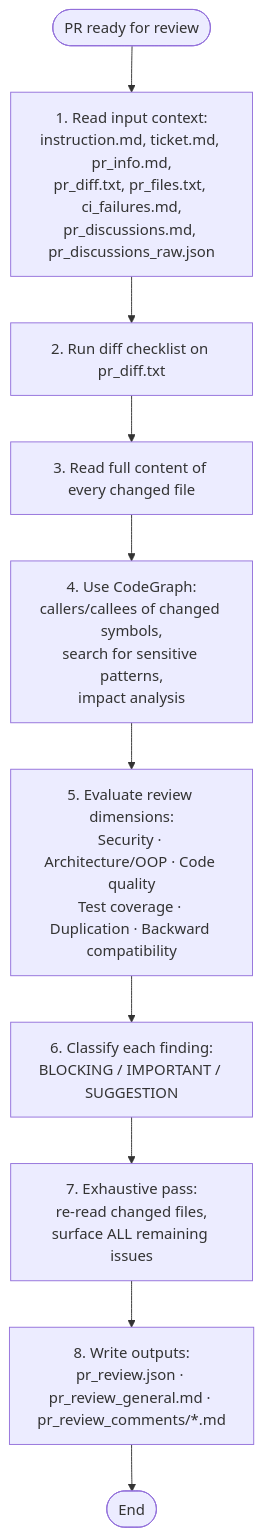
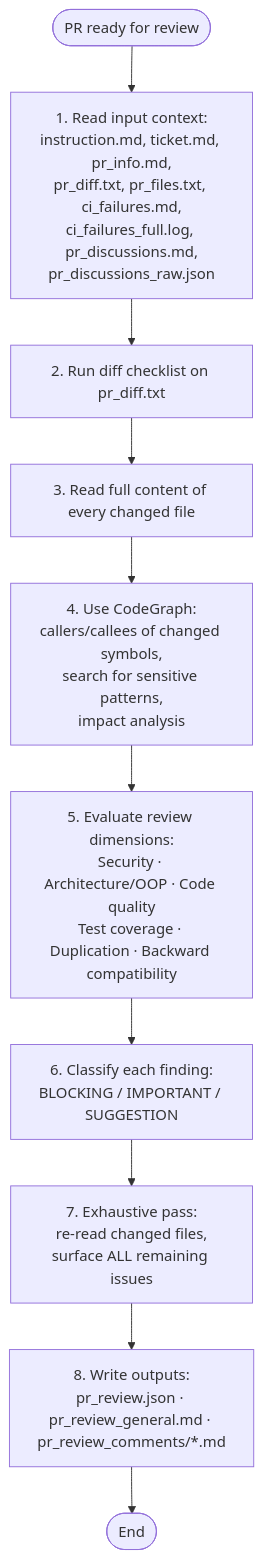
One commit to IstiN/dmtools-agents changed the second of 6 diagrams in snapshots/pr_review.md. Above: the diagram before and after it, drawn with Mermaid. The commit also changed other lines of this file and 22 other files, not shown here.

Commit message:
feat(agents): keep 500-line summary in ci_failures.md and write full logs to ci_failures_full.log

````diff
--- a/snapshots/pr_review.md
+++ b/snapshots/pr_review.md
@@ -40,12 +40,12 @@
 ```mermaid
 flowchart TD
-    START([PR ready for review]) --> READ["1. Read input context:<br/>instruction.md, ticket.md, pr_info.md,<br/>pr_diff.txt, pr_files.txt, ci_failures.md,<br/>pr_discussions.md, pr_discussions_raw.json"]
+    START([PR ready for review]) --> READ["1. Read input context:<br/>instruction.md, ticket.md, pr_info.md,<br/>pr_diff.txt, pr_files.txt, ci_failures.md,<br/>ci_failures_full.log, pr_discussions.md,<br/>pr_discussions_raw.json"]
     READ --> DIFF["2. Run diff checklist on pr_diff.txt"]
     DIFF --> FILES["3. Read full content of every changed file"]
     FILES --> CODEGRAPH["4. Use CodeGraph:<br/>callers/callees of changed symbols,<br/>search for sensitive patterns,<br/>impact analysis"]
     CODEGRAPH --> DIMS["5. Evaluate review dimensions:<br/>Security · Architecture/OOP · Code quality<br/>Test coverage · Duplication · Backward compatibility"]
     DIMS --> SEVERITY["6. Classify each finding:<br/>BLOCKING / IMPORTANT / SUGGESTION"]
     SEVERITY --> EXHAUST["7. Exhaustive pass:<br/>re-read changed files,<br/>surface ALL remaining issues"]
     EXHAUST --> OUTPUT["8. Write outputs:<br/>pr_review.json · pr_review_general.md · pr_review_comments/*.md"]
     OUTPUT --> END([End])
 ```
````
